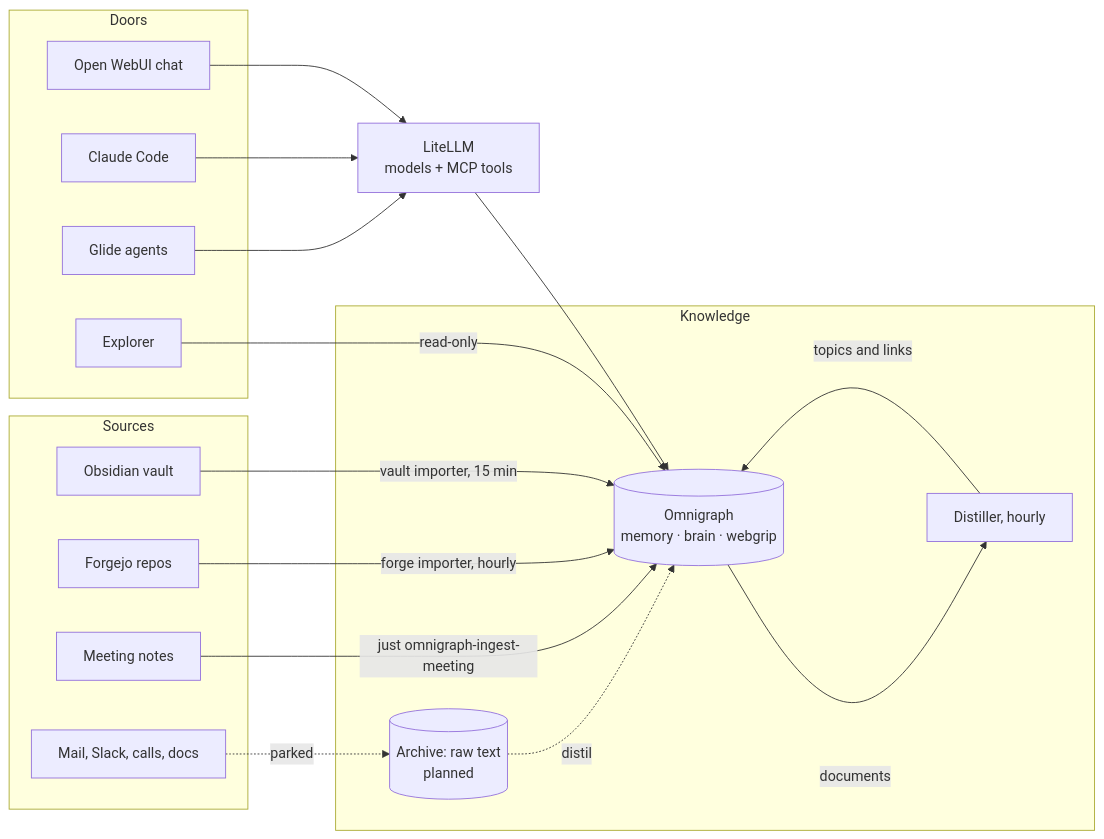
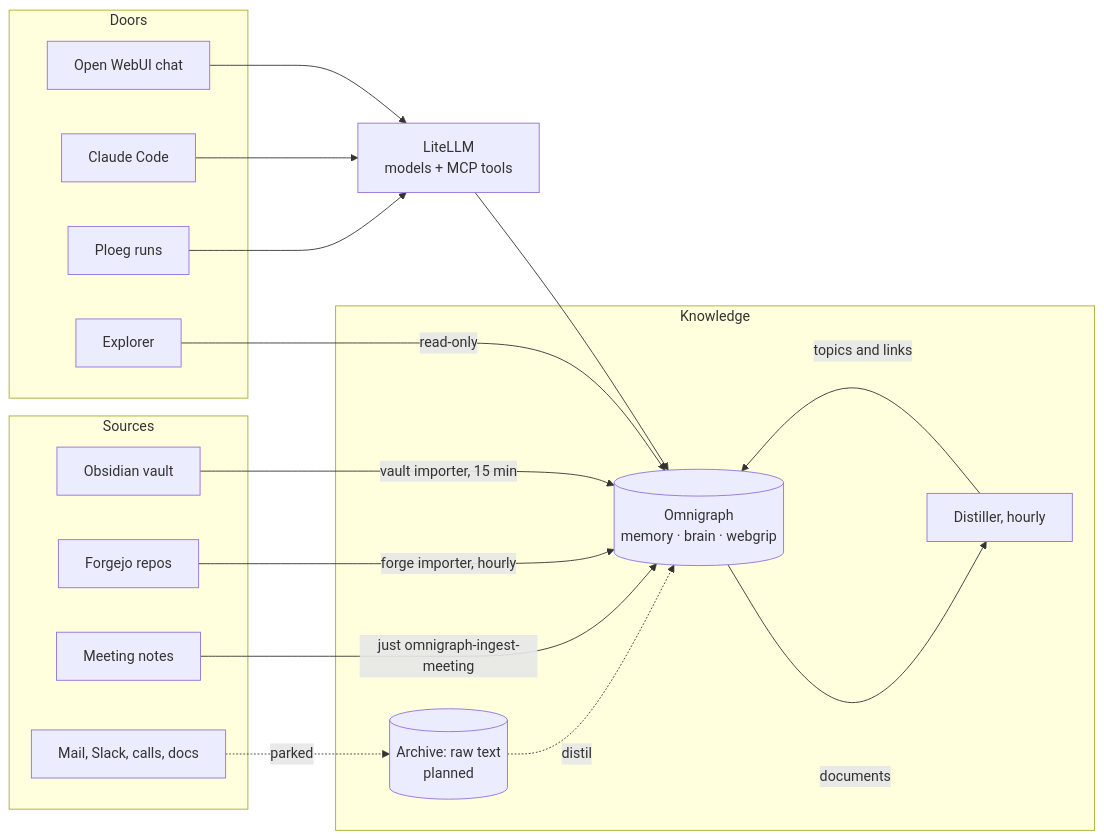
Before and after one commit to webgrip/homelab-cluster: the diagram in docs/techdocs/docs/general/knowledge-system.md, drawn with Mermaid. The commit also changed other lines of this file and 9 other files, not shown here.

First line of the commit message:
docs: call the product Unfold and its runs Ploeg runs

````diff
--- a/docs/techdocs/docs/general/knowledge-system.md
+++ b/docs/techdocs/docs/general/knowledge-system.md
@@ -18,32 +18,32 @@
 ```mermaid
 flowchart LR
   subgraph Sources
     OB[Obsidian vault]
     FJ[Forgejo repos]
     MT[Meeting notes]
     ML[Mail, Slack, calls, docs]
   end
   subgraph Knowledge
     AR[(Archive: raw text<br/>planned)]
     OG[(Omnigraph<br/>memory · brain · webgrip)]
     DS[Distiller, hourly]
   end
   subgraph Doors
     CH[Open WebUI chat]
     CC[Claude Code]
-    GL[Glide agents]
+    GL[Ploeg runs]
     EX[Explorer]
   end
   OB -->|vault importer, 15 min| OG
   FJ -->|forge importer, hourly| OG
   MT -->|just omnigraph-ingest-meeting| OG
   ML -.->|parked| AR
   AR -.->|distil| OG
   OG -->|documents| DS
   DS -->|topics and links| OG
   CH --> LL[LiteLLM<br/>models + MCP tools]
   CC --> LL
   GL --> LL
   LL --> OG
   EX -->|read-only| OG
 ```
````
